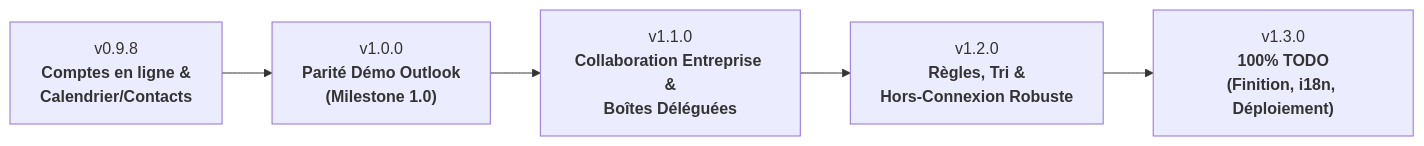
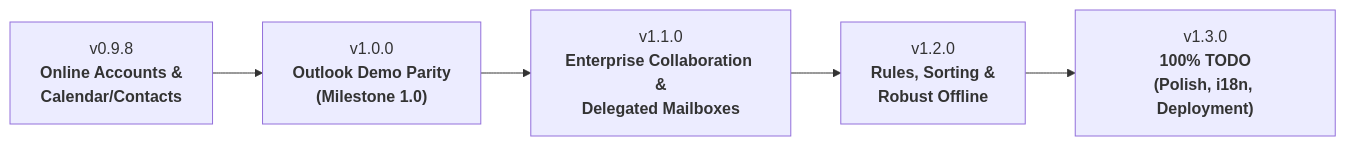
One commit to pitch7900/Evolution-WindowsPort changed the diagram in ROADMAP.md. Above: the diagram before and after it, drawn with Mermaid. The commit also changed other lines of this file and 12 other files, not shown here.

````diff
--- a/ROADMAP.md
+++ b/ROADMAP.md
@@ -12,7 +12,7 @@
 ```mermaid
 flowchart LR
-    v098["v0.9.8<br/><b>Comptes en ligne &<br/>Calendrier/Contacts</b>"] --> v100["v1.0.0<br/><b>Parité Démo Outlook<br/>(Milestone 1.0)</b>"]
-    v100 --> v110["v1.1.0<br/><b>Collaboration Entreprise &<br/>Boîtes Déléguées</b>"]
-    v110 --> v120["v1.2.0<br/><b>Règles, Tri &<br/>Hors-Connexion Robuste</b>"]
-    v120 --> v130["v1.3.0<br/><b>100% TODO<br/>(Finition, i18n, Déploiement)</b>"]
+    v098["v0.9.8<br/><b>Online Accounts &<br/>Calendar/Contacts</b>"] --> v100["v1.0.0<br/><b>Outlook Demo Parity<br/>(Milestone 1.0)</b>"]
+    v100 --> v110["v1.1.0<br/><b>Enterprise Collaboration &<br/>Delegated Mailboxes</b>"]
+    v110 --> v120["v1.2.0<br/><b>Rules, Sorting &<br/>Robust Offline</b>"]
+    v120 --> v130["v1.3.0<br/><b>100% TODO<br/>(Polish, i18n, Deployment)</b>"]
 ```
````
